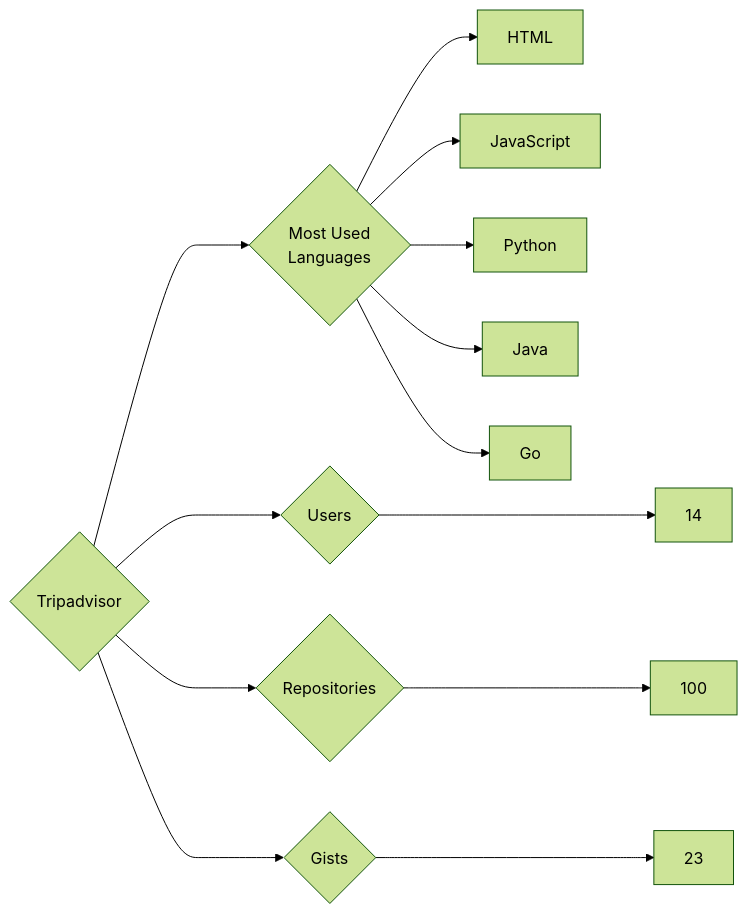
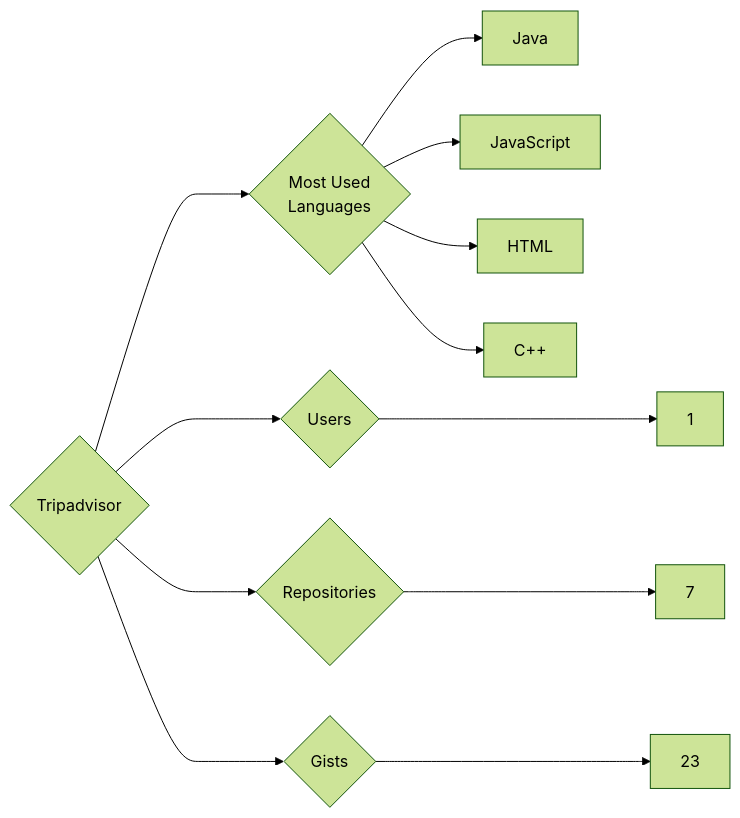
The diagram in targets/Tripadvisor/README.md (trickest/insiders), drawn with Mermaid (forest theme) before and after one commit. The commit also changed 877 other files, not shown here.

````diff
--- a/targets/Tripadvisor/README.md
+++ b/targets/Tripadvisor/README.md
@@ -3,13 +3,12 @@
 ```mermaid
 graph LR
 COMPANY_NAME{Tripadvisor}
-COMPANY_NAME ---> U{Users} ---> UN[14]
-COMPANY_NAME ---> R{Repositories} ---> RN[100]
+COMPANY_NAME ---> U{Users} ---> UN[1]
+COMPANY_NAME ---> R{Repositories} ---> RN[7]
 COMPANY_NAME ---> G{Gists} ---> GN[23]
 COMPANY_NAME ---> ML{Most Used<br>Languages}
+ML --> Java[Java]
+ML --> JavaScript[JavaScript]
 ML --> HTML[HTML]
-ML --> JavaScript[JavaScript]
-ML --> Python[Python]
-ML --> Java[Java]
-ML --> Go[Go]
+ML --> C++[C++]
 ```
````
